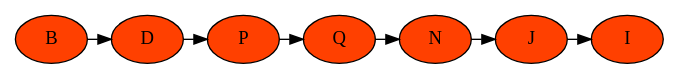
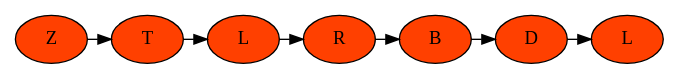
One commit to Toto95/Practica1s12017_201408515 changed the diagram in practica1Scrabble/fichas.dot. Above: the diagram before and after it, drawn with Graphviz. The commit also changed 32 other files, not shown here.

```diff
--- a/practica1Scrabble/fichas.dot
+++ b/practica1Scrabble/fichas.dot
@@ -1,21 +1,21 @@
 digraph B{
-nodo614947506 -> nodo710979670
-{rank = same; nodo614947506 nodo710979670}
-nodo614947506[label="B",style=filled, fillcolor="#FF4000"]
-nodo710979670 -> nodo777990594
-{rank = same; nodo710979670 nodo777990594}
-nodo710979670[label="D",style=filled, fillcolor="#FF4000"]
-nodo777990594 -> nodo1801304685
-{rank = same; nodo777990594 nodo1801304685}
-nodo777990594[label="P",style=filled, fillcolor="#FF4000"]
-nodo1801304685 -> nodo1974538110
-{rank = same; nodo1801304685 nodo1974538110}
-nodo1801304685[label="Q",style=filled, fillcolor="#FF4000"]
-nodo1974538110 -> nodo1518138270
-{rank = same; nodo1974538110 nodo1518138270}
-nodo1974538110[label="N",style=filled, fillcolor="#FF4000"]
-nodo1518138270 -> nodo226105394
-{rank = same; nodo1518138270 nodo226105394}
-nodo1518138270[label="J",style=filled, fillcolor="#FF4000"]
-nodo226105394[label="I",style=filled, fillcolor="#FF4000"]
+nodo36358815 -> nodo1861717300
+{rank = same; nodo36358815 nodo1861717300}
+nodo36358815[label="Z",style=filled, fillcolor="#FF4000"]
+nodo1861717300 -> nodo1814539916
+{rank = same; nodo1861717300 nodo1814539916}
+nodo1861717300[label="T",style=filled, fillcolor="#FF4000"]
+nodo1814539916 -> nodo1113251331
+{rank = same; nodo1814539916 nodo1113251331}
+nodo1814539916[label="L",style=filled, fillcolor="#FF4000"]
+nodo1113251331 -> nodo376474341
+{rank = same; nodo1113251331 nodo376474341}
+nodo1113251331[label="R",style=filled, fillcolor="#FF4000"]
+nodo376474341 -> nodo1153182514
+{rank = same; nodo376474341 nodo1153182514}
+nodo376474341[label="B",style=filled, fillcolor="#FF4000"]
+nodo1153182514 -> nodo364818151
+{rank = same; nodo1153182514 nodo364818151}
+nodo1153182514[label="D",style=filled, fillcolor="#FF4000"]
+nodo364818151[label="L",style=filled, fillcolor="#FF4000"]
 }
```
